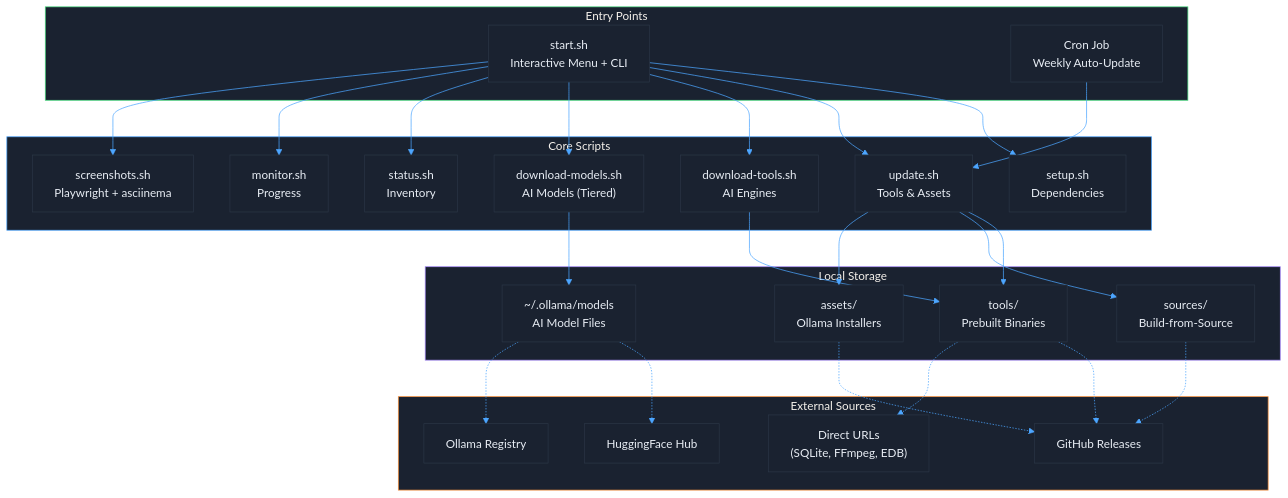
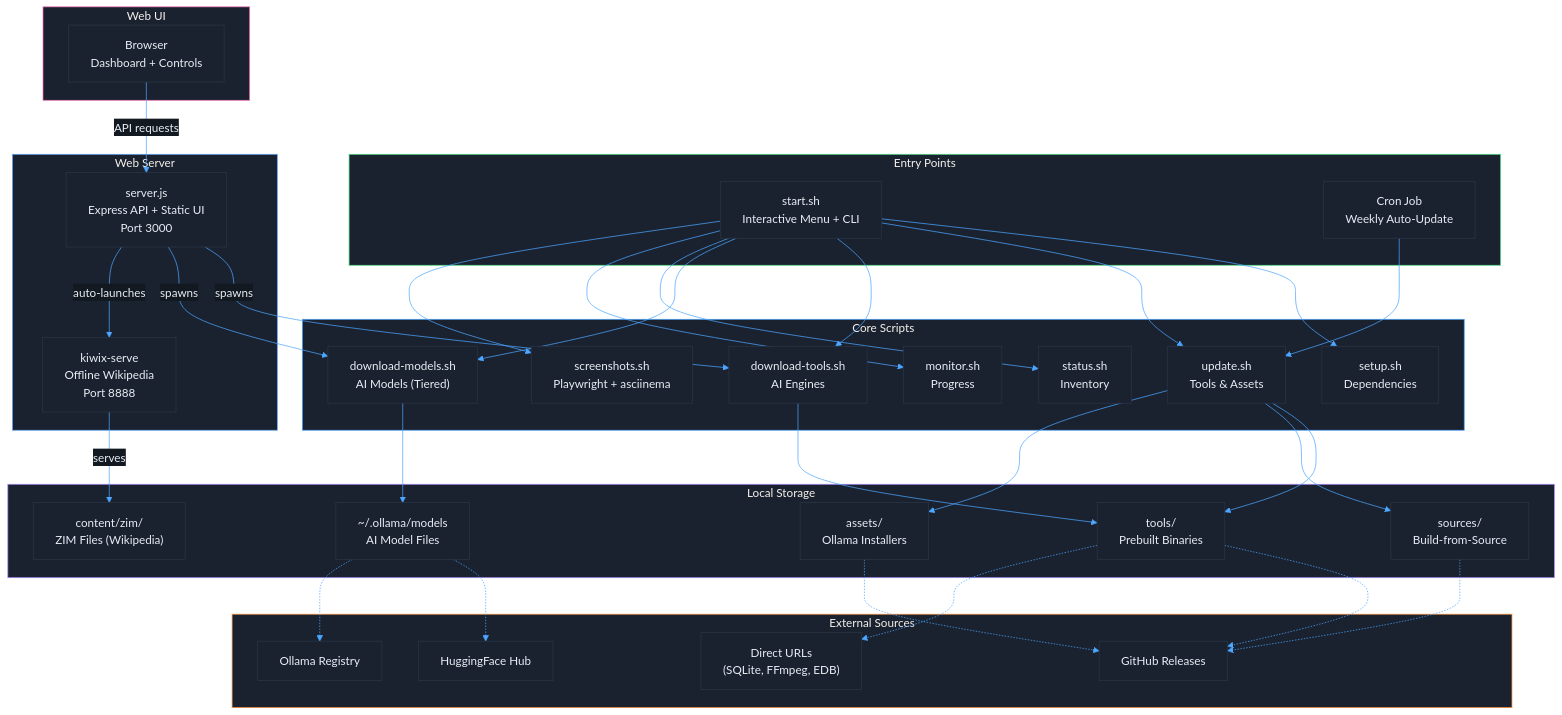
Before and after one commit to mvalancy/val-ark: the first of 6 diagrams in docs/ARCHITECTURE.md, drawn with Mermaid. The commit also changed other lines of this file and 14 other files, not shown here.

```diff
--- a/docs/ARCHITECTURE.md
+++ b/docs/ARCHITECTURE.md
@@ -16,6 +18,12 @@
         style Entry fill:#1a2230,stroke:#4ade80
         START["start.sh<br/>Interactive Menu + CLI"]
         CRON["Cron Job<br/>Weekly Auto-Update"]
+    end
+
+    subgraph WebServer["Web Server"]
+        style WebServer fill:#1a2230,stroke:#60a5fa
+        SERVER["server.js<br/>Express API + Static UI<br/>Port 3000"]
+        KIWIX["kiwix-serve<br/>Offline Wikipedia<br/>Port 8888"]
     end
 
     subgraph Scripts["Core Scripts"]
@@ -35,6 +43,7 @@
         SOURCES["sources/<br/>Build-from-Source"]
         ASSETS["assets/<br/>Ollama Installers"]
         MODELS["~/.ollama/models<br/>AI Model Files"]
+        CONTENT["content/zim/<br/>ZIM Files (Wikipedia)"]
     end
 
     subgraph External["External Sources"]
@@ -44,6 +53,17 @@
         OLLAMA_REG["Ollama Registry"]
         DIRECT["Direct URLs<br/>(SQLite, FFmpeg, EDB)"]
     end
+
+    subgraph Client["Web UI"]
+        style Client fill:#1a2230,stroke:#f472b6
+        BROWSER["Browser<br/>Dashboard + Controls"]
+    end
+
+    BROWSER -->|"API requests"| SERVER
+    SERVER -->|"spawns"| DOWNLOAD_T
+    SERVER -->|"spawns"| DOWNLOAD_M
+    SERVER -->|"auto-launches"| KIWIX
+    KIWIX -->|"serves"| CONTENT
 
     START --> SETUP
     START --> UPDATE
```
